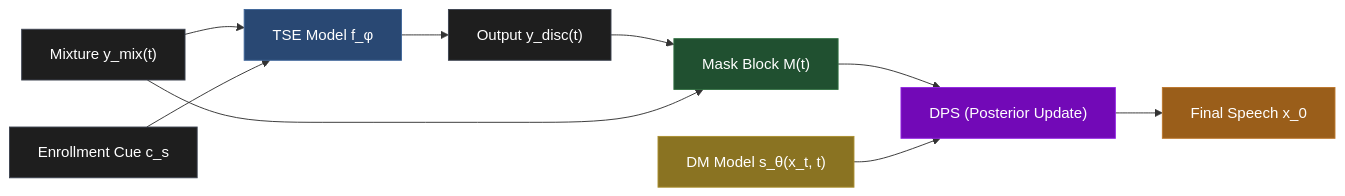
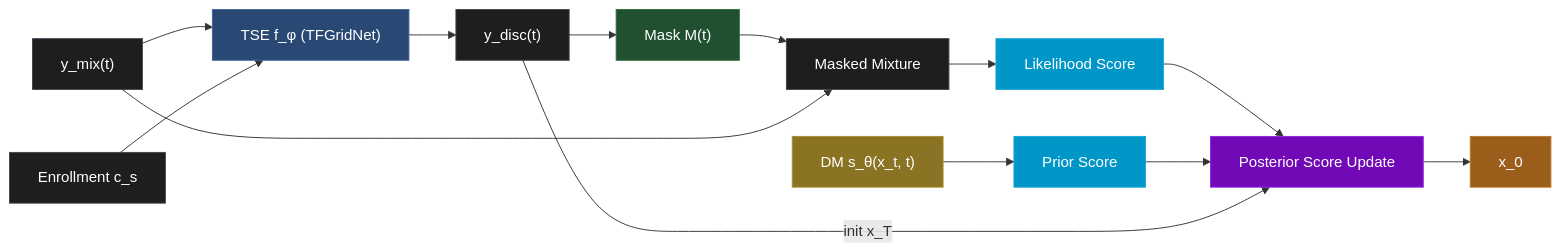
One commit to AayushPrjapati/DPS-TSE changed the diagram in README.md. Above: the diagram before and after it, drawn with Mermaid.

Commit message:
Fix architecture diagram: add y_disc init edge and match paper figure labels

````diff
--- a/README.md
+++ b/README.md
@@ -20,29 +20,39 @@
 ```mermaid
 graph LR
-    A1["Mixture y_mix(t)"]
-    A2["Enrollment Cue c_s"]
-    B["TSE Model f_φ"]
-    C["Output y_disc(t)"]
-    D["Mask Block M(t)"]
-    E["DM Model s_θ(x_t, t)"]
-    F["DPS (Posterior Update)"]
-    G["Final Speech x_0"]
+    A1["y_mix(t)"]
+    A2["Enrollment c_s"]
+    B["TSE f_φ (TFGridNet)"]
+    C["y_disc(t)"]
+    D["Mask M(t)"]
+    E["Masked Mixture"]
+    F["Likelihood Score"]
+    G["Prior Score"]
+    H["DM s_θ(x_t, t)"]
+    I["Posterior Score Update"]
+    J["x_0"]
 
     A1 --> B
     A2 --> B
     B --> C
     C --> D
-    A1 --> D
-    D --> F
+    D --> E
+    A1 --> E
     E --> F
-    F --> G
+    H --> G
+    F --> I
+    G --> I
+    C -->|init x_T| I
+    I --> J
 
-    style A1 fill:#1e1e1e,stroke:#3e4451,stroke-width:1px,color:#ffffff
-    style A2 fill:#1e1e1e,stroke:#3e4451,stroke-width:1px,color:#ffffff
-    style B fill:#294873,stroke:#3f669a,stroke-width:1px,color:#ffffff
-    style C fill:#1e1e1e,stroke:#3e4451,stroke-width:1px,color:#ffffff
-    style D fill:#205030,stroke:#317042,stroke-width:1px,color:#ffffff
-    style E fill:#8a7322,stroke:#ab8f2f,stroke-width:1px,color:#ffffff
-    style F fill:#7209b7,stroke:#9225e3,stroke-width:1px,color:#ffffff
-    style G fill:#9a5e1a,stroke:#bc762b,stroke-width:1px,color:#ffffff
+    style A1 fill:#1e1e1e,stroke:#3e4451,stroke-width:1px,color:#fff
+    style A2 fill:#1e1e1e,stroke:#3e4451,stroke-width:1px,color:#fff
+    style B fill:#294873,stroke:#3f669a,stroke-width:1px,color:#fff
+    style C fill:#1e1e1e,stroke:#3e4451,stroke-width:1px,color:#fff
+    style D fill:#205030,stroke:#317042,stroke-width:1px,color:#fff
+    style E fill:#1e1e1e,stroke:#3e4451,stroke-width:1px,color:#fff
+    style F fill:#0096c7,stroke:#1aa8d7,stroke-width:1px,color:#fff
+    style G fill:#0096c7,stroke:#1aa8d7,stroke-width:1px,color:#fff
+    style H fill:#8a7322,stroke:#ab8f2f,stroke-width:1px,color:#fff
+    style I fill:#7209b7,stroke:#9225e3,stroke-width:1px,color:#fff
+    style J fill:#9a5e1a,stroke:#bc762b,stroke-width:1px,color:#fff
 ```
````
